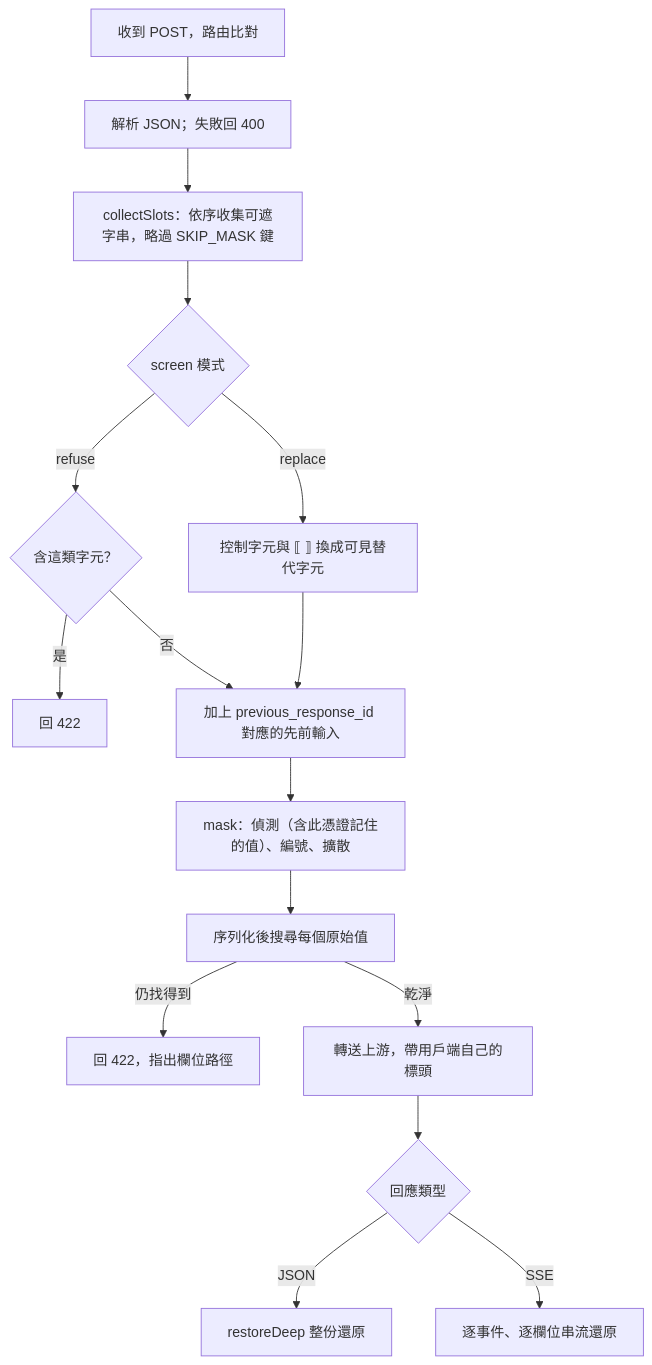
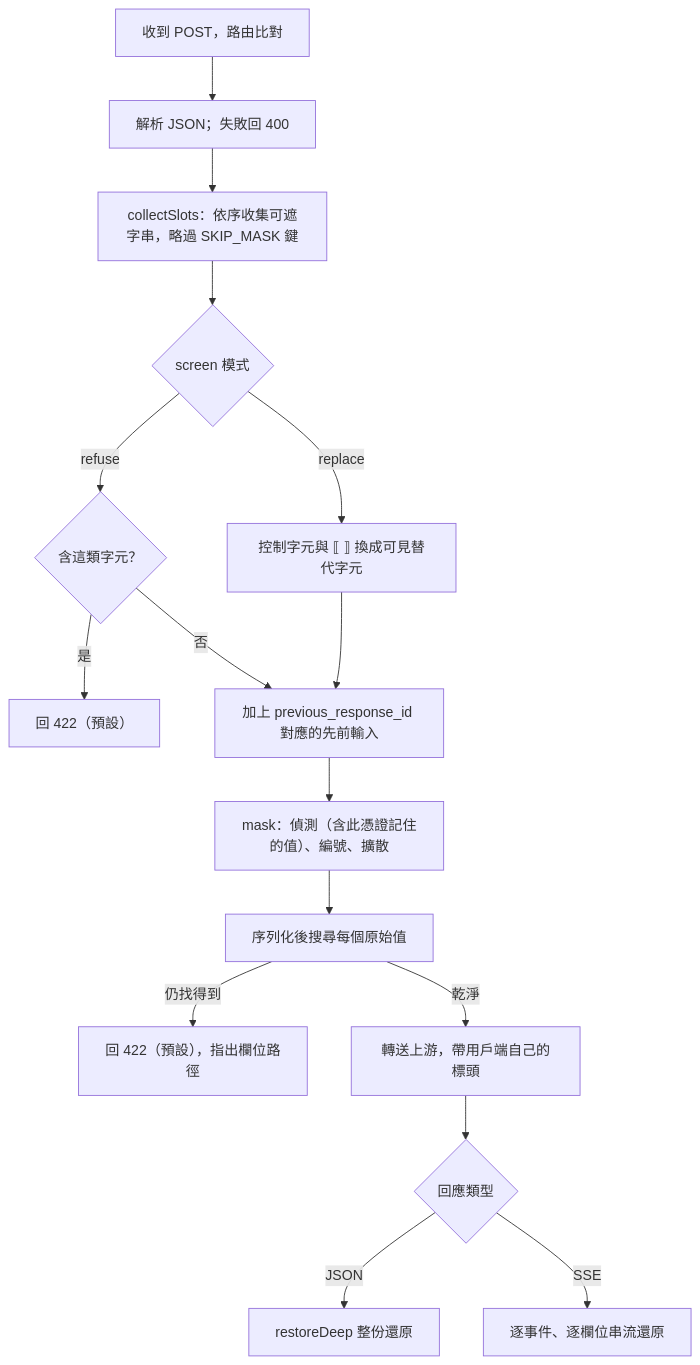
Before and after one commit to Exestence/redaction-proxy: the first of 2 diagrams in docs/DETAILS.md, drawn with Mermaid. The commit also changed other lines of this file and 5 other files, not shown here.

````diff
--- a/docs/DETAILS.md
+++ b/docs/DETAILS.md
@@ -63,18 +63,18 @@
 ```mermaid
 flowchart TD
   A["收到 POST，路由比對"] --> B["解析 JSON；失敗回 400"]
   B --> C["collectSlots：依序收集可遮字串，略過 SKIP_MASK 鍵"]
   C --> D{"screen 模式"}
   D -- "replace" --> E["控制字元與 ⟦ ⟧ 換成可見替代字元"]
   D -- "refuse" --> F{"含這類字元？"}
-  F -- "是" --> F2["回 422"]
+  F -- "是" --> F2["回 422（預設）"]
   F -- "否" --> G
   E --> G["加上 previous_response_id 對應的先前輸入"]
   G --> H["mask：偵測（含此憑證記住的值）、編號、擴散"]
   H --> I["序列化後搜尋每個原始值"]
-  I -- "仍找得到" --> J["回 422，指出欄位路徑"]
+  I -- "仍找得到" --> J["回 422（預設），指出欄位路徑"]
   I -- "乾淨" --> K["轉送上游，帶用戶端自己的標頭"]
   K --> L{"回應類型"}
   L -- "JSON" --> M["restoreDeep 整份還原"]
   L -- "SSE" --> N["逐事件、逐欄位串流還原"]
 ```
````
